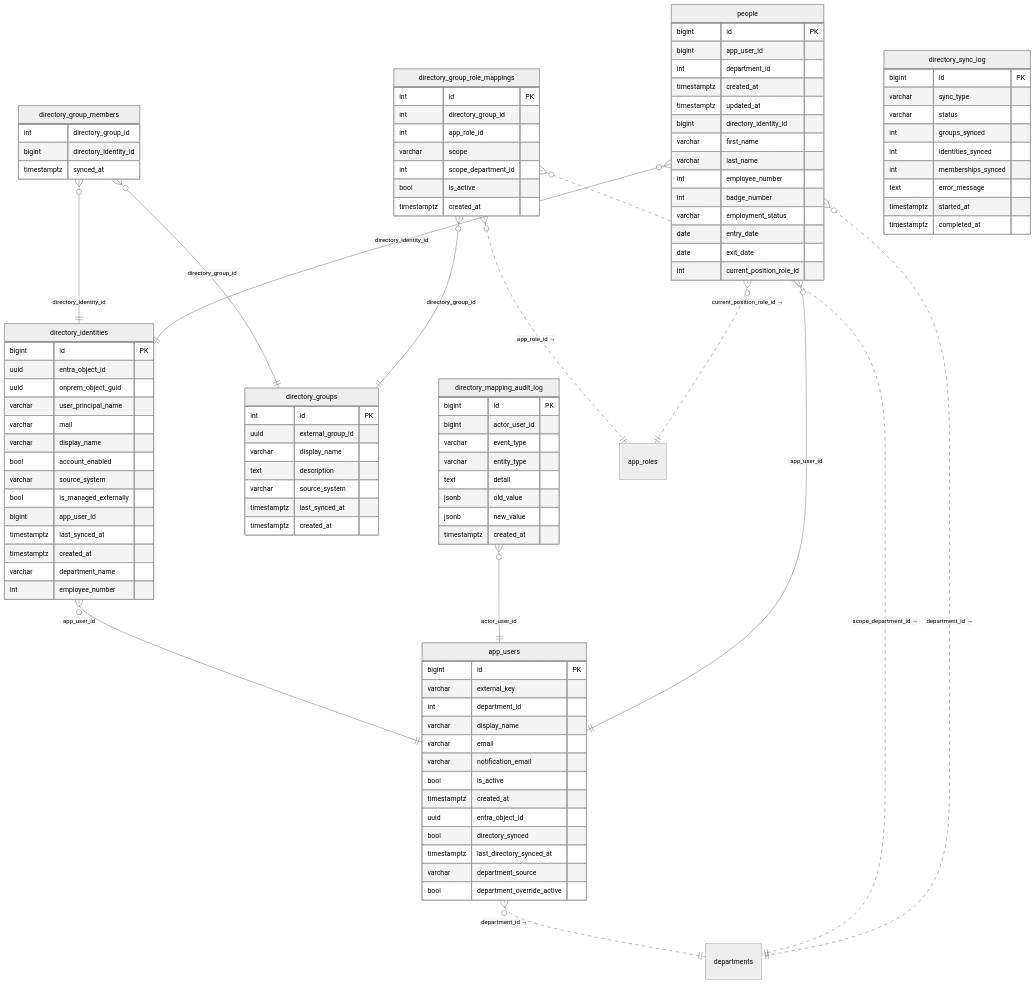
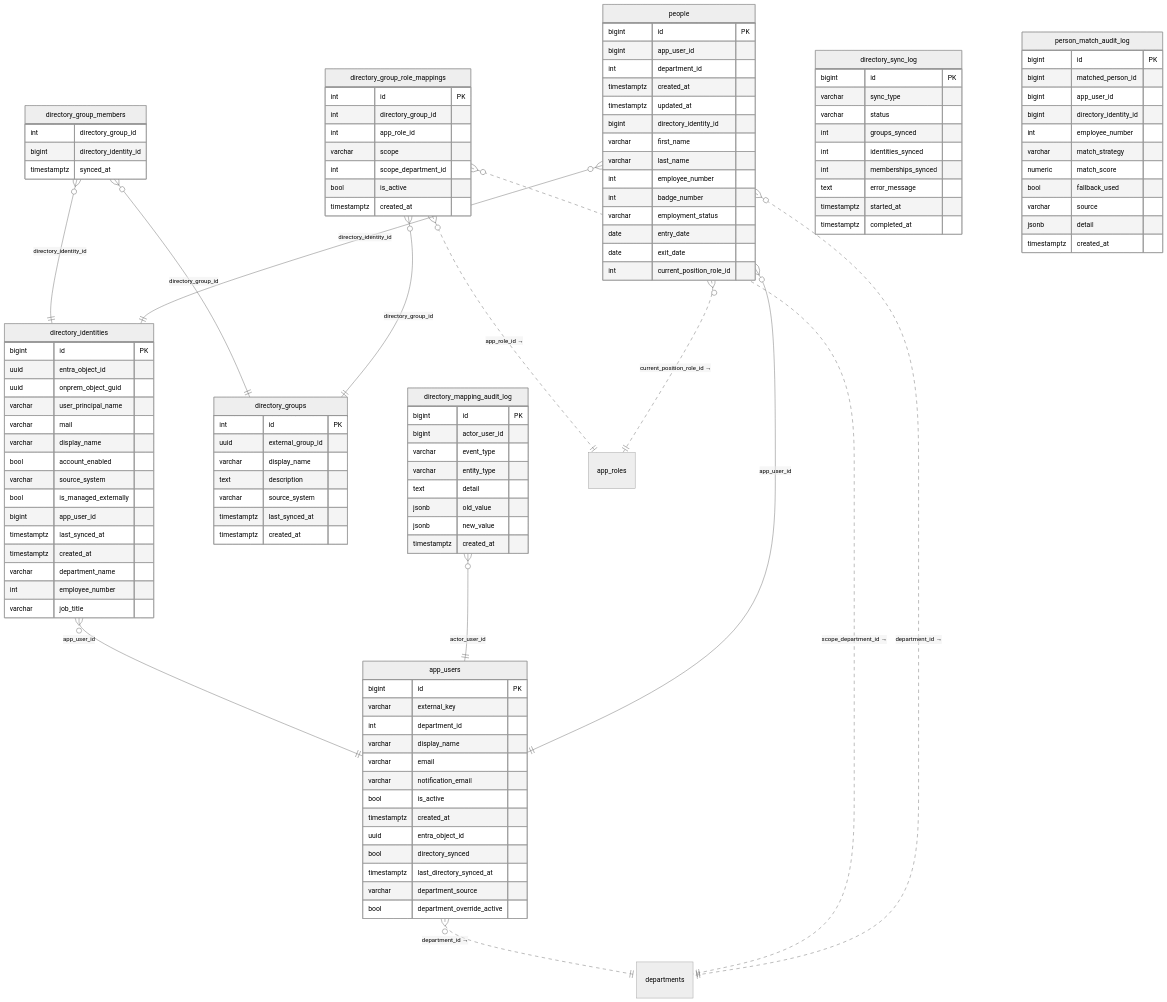
The second of 10 diagrams in docs/ERD.md (VinzzniV/Kauth_Workflow), drawn with Mermaid (neutral theme) before and after one commit. The commit also changed other lines of this file and 7 other files, not shown here.

First line of the commit message:
docs(legacy-cleanup): setup-Realitaetscheck + ERD-Regeneration abschliessen

```diff
--- a/docs/ERD.md
+++ b/docs/ERD.md
@@ -280,6 +273,7 @@
     timestamptz created_at
     varchar department_name
     int employee_number
+    varchar job_title
   }
   directory_groups {
     int id PK
@@ -325,6 +319,19 @@
     timestamptz started_at
     timestamptz completed_at
   }
+  person_match_audit_log {
+    bigint id PK
+    bigint matched_person_id
+    bigint app_user_id
+    bigint directory_identity_id
+    int employee_number
+    varchar match_strategy
+    numeric match_score
+    bool fallback_used
+    varchar source
+    jsonb detail
+    timestamptz created_at
+  }
 
   departments {
   }
```
